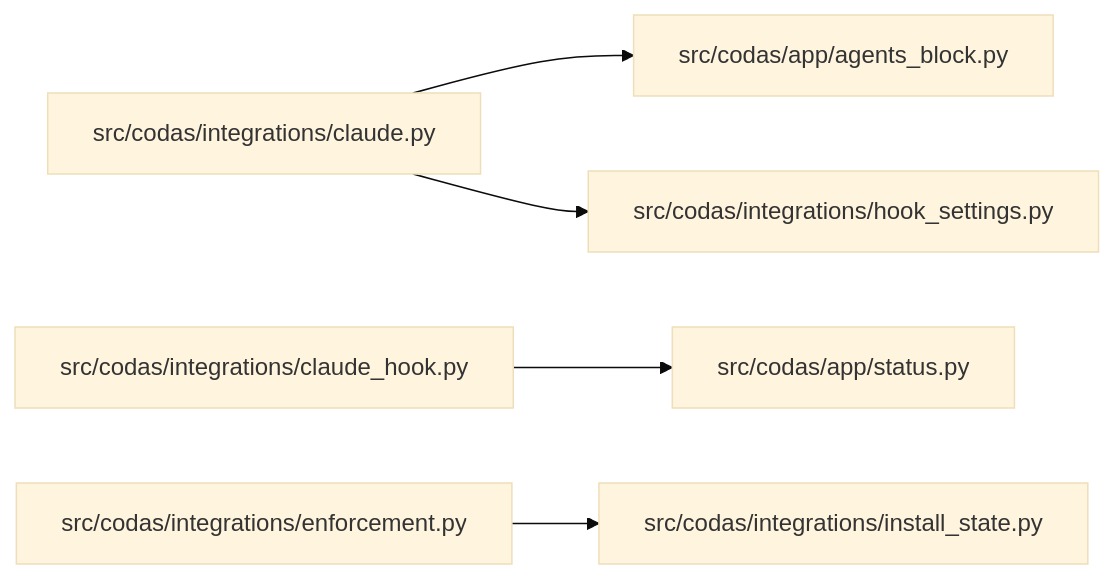
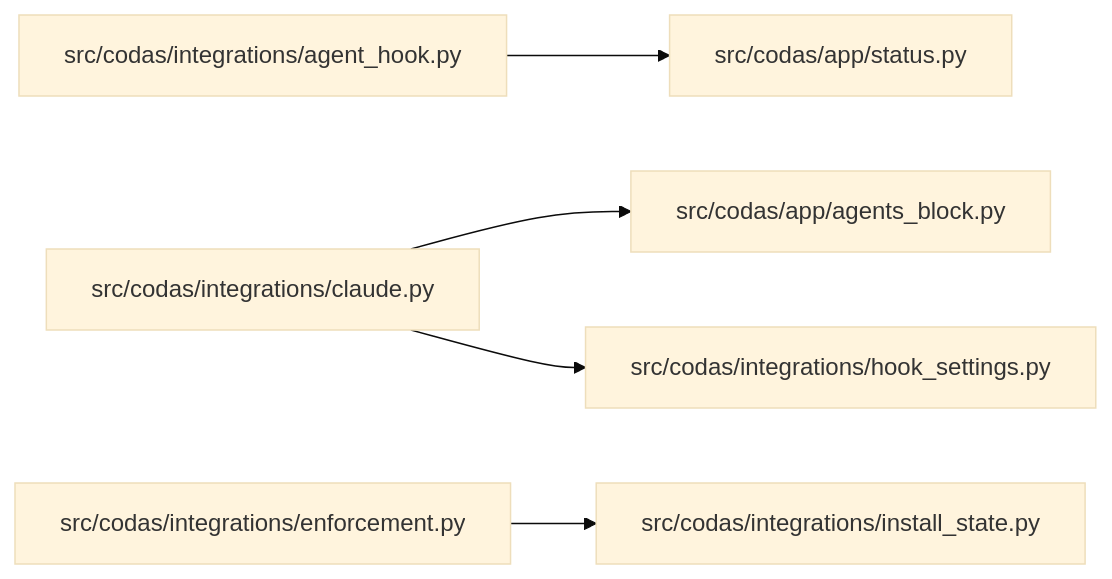
The diagram in wiki/role-integrations.md (oydodo/codas), drawn with Mermaid (base theme) before and after one commit. The commit also changed other lines of this file and 8 other files, not shown here.

First line of the commit message:
refactor(integrations): neutralize per-turn envelope claude_hook->agent_hook (D4)

````diff
--- a/wiki/role-integrations.md
+++ b/wiki/role-integrations.md
@@ -79,14 +79,14 @@
 ```mermaid
 graph LR
   n0["src/codas/app/agents_block.py"]
   n1["src/codas/app/status.py"]
-  n2["src/codas/integrations/claude.py"]
-  n3["src/codas/integrations/claude_hook.py"]
+  n2["src/codas/integrations/agent_hook.py"]
+  n3["src/codas/integrations/claude.py"]
   n4["src/codas/integrations/enforcement.py"]
   n5["src/codas/integrations/hook_settings.py"]
   n6["src/codas/integrations/install_state.py"]
-  n2 --> n0
-  n2 --> n5
-  n3 --> n1
+  n2 --> n1
+  n3 --> n0
+  n3 --> n5
   n4 --> n6
 ```
````
